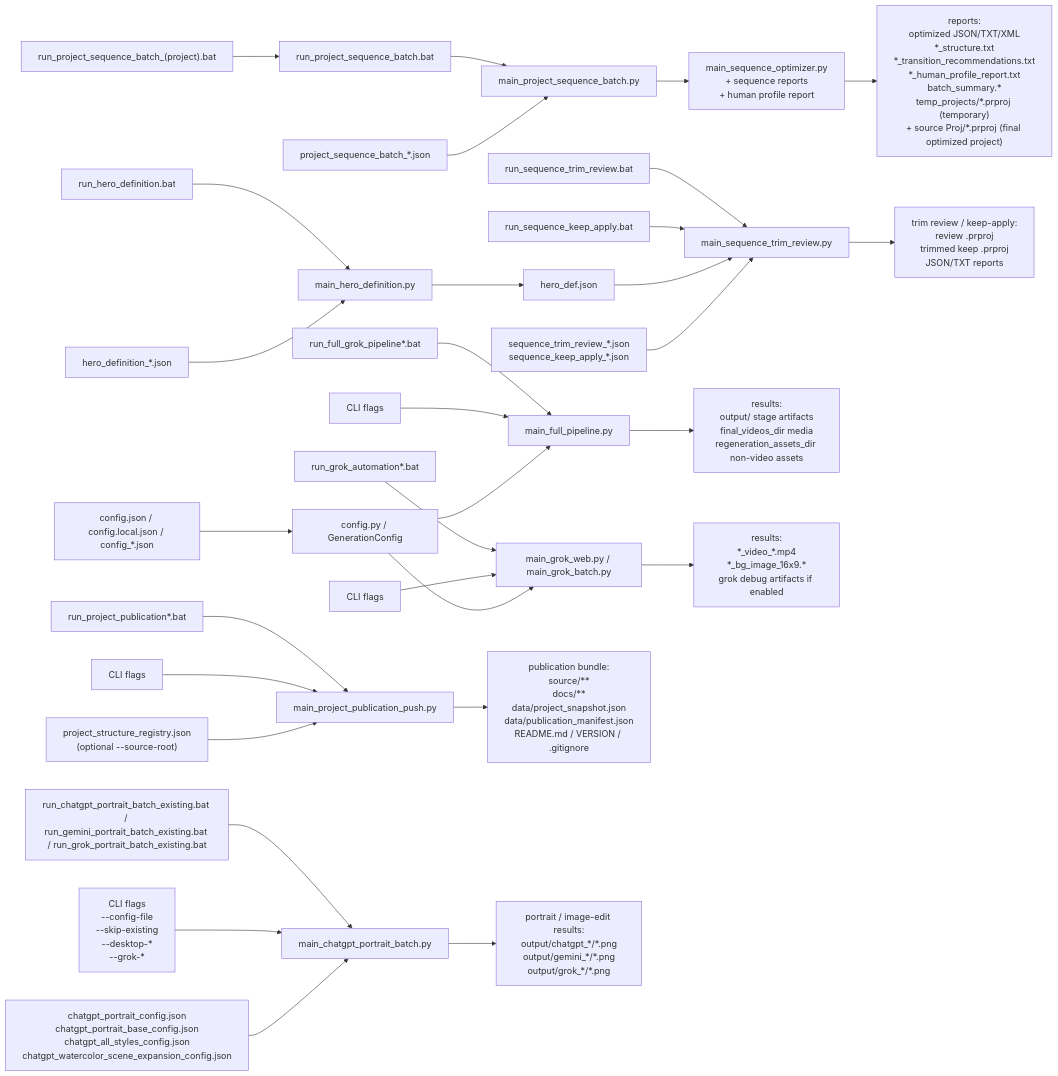
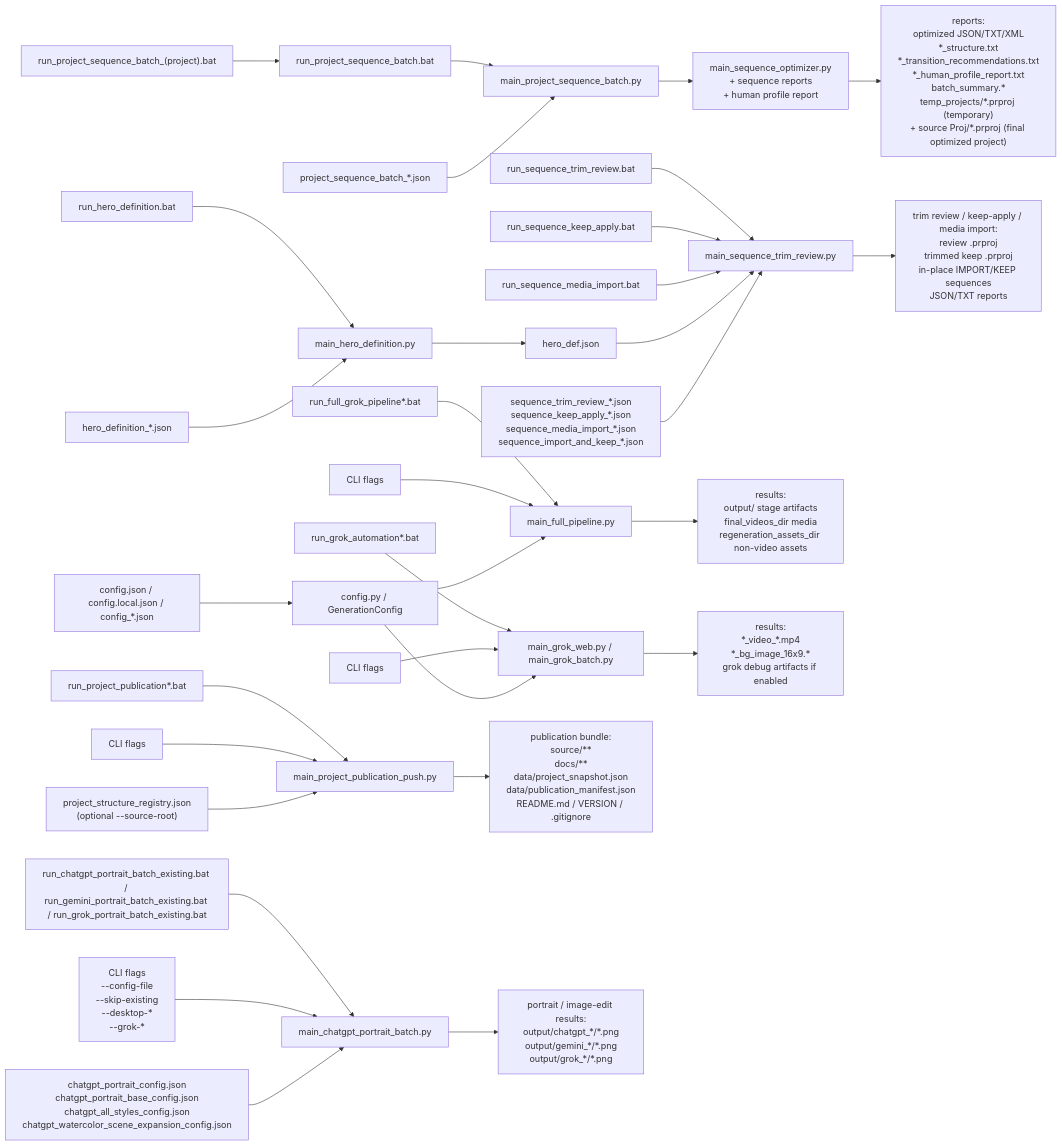
One commit to sergey-frd/Memory-to-Video_Agent changed the diagram in source/docs/USER_GUIDE_EN.md. Above: the diagram before and after it, drawn with Mermaid. The commit also changed other lines of this file and 41 other files, not shown here.

Commit message:
Publish 2026.08.20.01: in-place keep_to_new_sequence and import_to_new_sequence

````diff
--- a/source/docs/USER_GUIDE_EN.md
+++ b/source/docs/USER_GUIDE_EN.md
@@ -583,37 +606,38 @@
 ```mermaid
 flowchart LR
   B1["run_full_grok_pipeline*.bat"] --> P1["main_full_pipeline.py"]
   B2["run_grok_automation*.bat"] --> P2["main_grok_web.py / main_grok_batch.py"]
   B3A["run_project_sequence_batch_(project).bat"] --> B3["run_project_sequence_batch.bat"]
   B3 --> P3["main_project_sequence_batch.py"]
   B4["run_project_publication*.bat"] --> P4["main_project_publication_push.py"]
   B5["run_chatgpt_portrait_batch_existing.bat / run_gemini_portrait_batch_existing.bat / run_grok_portrait_batch_existing.bat"] --> P6["main_chatgpt_portrait_batch.py"]
   B6["run_hero_definition.bat"] --> P7["main_hero_definition.py"]
   B7["run_sequence_trim_review.bat"] --> P8["main_sequence_trim_review.py"]
   B8["run_sequence_keep_apply.bat"] --> P8
+  B9["run_sequence_media_import.bat"] --> P8
 
   A1["CLI flags"] --> P1
   A2["CLI flags"] --> P2
   A5["CLI flags\n--config-file\n--skip-existing\n--desktop-*\n--grok-*"] --> P6
   C1["config.json / config.local.json / config_*.json"] --> G1["config.py / GenerationConfig"]
   G1 --> P1
   G1 --> P2
   C5["chatgpt_portrait_config.json\nchatgpt_portrait_base_config.json\nchatgpt_all_styles_config.json\nchatgpt_watercolor_scene_expansion_config.json"] --> P6
   C6["hero_definition_*.json"] --> P7
   P7 --> H1["hero_def.json"]
   H1 --> P8
-  C7["sequence_trim_review_*.json\nsequence_keep_apply_*.json"] --> P8
+  C7["sequence_trim_review_*.json\nsequence_keep_apply_*.json\nsequence_media_import_*.json\nsequence_import_and_keep_*.json"] --> P8
 
   C3["project_sequence_batch_*.json"] --> P3
   P3 --> P5["main_sequence_optimizer.py\n+ sequence reports\n+ human profile report"]
 
   A4["CLI flags"] --> P4
   R1["project_structure_registry.json\n(optional --source-root)"] --> P4
 
   P1 --> O1["results:\noutput/ stage artifacts\nfinal_videos_dir media\nregeneration_assets_dir non-video assets"]
   P2 --> O2["results:\n*_video_*.mp4\n*_bg_image_16x9.*\ngrok debug artifacts if enabled"]
   P5 --> O3["reports:\noptimized JSON/TXT/XML\n*_structure.txt\n*_transition_recommendations.txt\n*_human_profile_report.txt\nbatch_summary.*\ntemp_projects/*.prproj (temporary)\n+ source Proj/*.prproj (final optimized project)"]
   P4 --> O4["publication bundle:\nsource/**\ndocs/**\ndata/project_snapshot.json\ndata/publication_manifest.json\nREADME.md / VERSION / .gitignore"]
   P6 --> O5["portrait / image-edit results:\noutput/chatgpt_*/*.png\noutput/gemini_*/*.png\noutput/grok_*/*.png"]
-  P8 --> O6["trim review / keep-apply:\nreview .prproj\ntrimmed keep .prproj\nJSON/TXT reports"]
+  P8 --> O6["trim review / keep-apply / media import:\nreview .prproj\ntrimmed keep .prproj\nin-place IMPORT/KEEP sequences\nJSON/TXT reports"]
 ```
````
